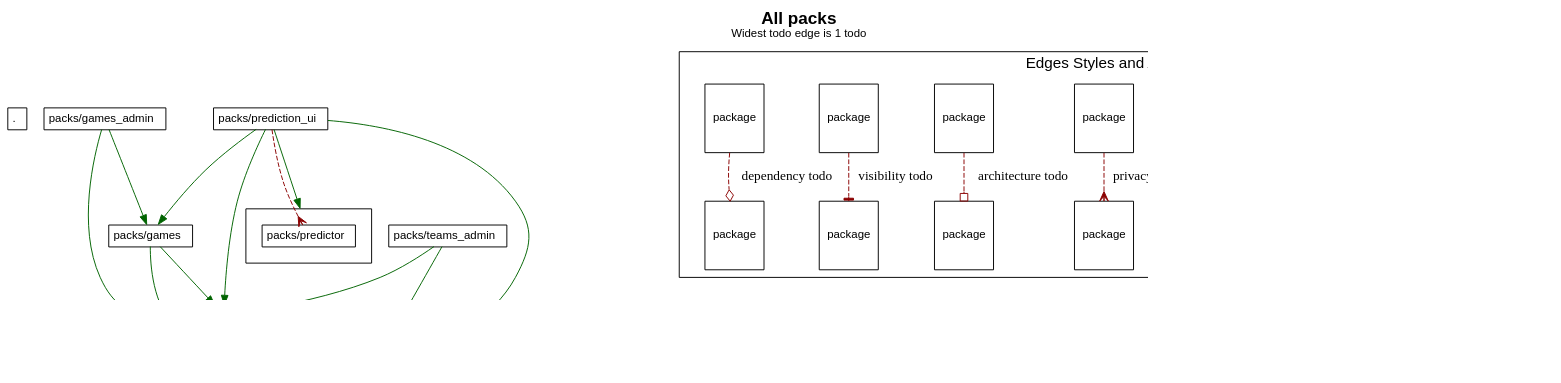
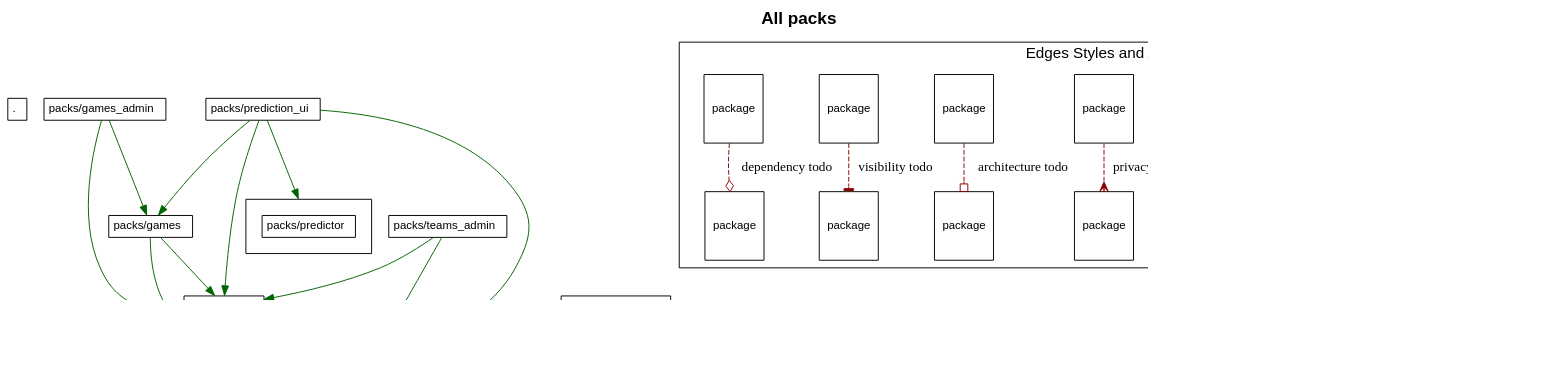
One commit to shageman/package-based-rails-applications-book changed the diagram in c4s07/sportsball/c4s01_b_fixed.dot. Above: the diagram before and after it, drawn with Graphviz. The commit also changed 35 other files, not shown here.

Commit message:
C4 fix diagrams

```diff
--- a/c4s07/sportsball/c4s01_b_fixed.dot
+++ b/c4s07/sportsball/c4s01_b_fixed.dot
@@ -1,164 +1,159 @@
 digraph package_diagram {
   rankdir=TD
   graph [
     labelloc="t"
     fontname="Helvetica,Arial,sans-serif"
     dpi=100
     layout=dot
-    label=<<b>All packs</b><br/><font point-size='12'>Widest todo edge is 1 todo</font>>
+    label=<<b>All packs</b>>
     fontsize=18
   ]
   node [
     fontname="Helvetica,Arial,sans-serif"
     fontsize=26.0
     fontcolor=black
     fillcolor=white
     color=black
     height=1.0
     style=filled
     shape=plain
   ]
     subgraph NotInLayer {
       shape=box
       color=darkgrey
       fillcolor=lightblue
       style=filled
         cluster=false
         "." [
             fontsize=12.0
             label= <
                 <table border='0' cellborder='1' cellspacing='0' cellpadding='4'>
                   <tr> <td align='left'> . </td> </tr>
                 </table>
               >
           ]
         
         "packs/games" [
             fontsize=12.0
             label= <
                 <table border='0' cellborder='1' cellspacing='0' cellpadding='4'>
                   <tr> <td align='left'> packs/games </td> </tr>
                 </table>
               >
           ]
         
         "packs/games_admin" [
             fontsize=12.0
             label= <
                 <table border='0' cellborder='1' cellspacing='0' cellpadding='4'>
                   <tr> <td align='left'> packs/games_admin </td> </tr>
                 </table>
               >
           ]
         
         "packs/prediction_ui" [
             fontsize=12.0
             label= <
                 <table border='0' cellborder='1' cellspacing='0' cellpadding='4'>
                   <tr> <td align='left'> packs/prediction_ui </td> </tr>
                 </table>
               >
           ]
         
         "packs/predictor" [
             fontsize=12.0
             label= <
                 <table border='0' cellborder='1' cellspacing='0' cellpadding='16'><tr><td>
                   <table border='0' cellborder='1' cellspacing='0' cellpadding='4'>
                     <tr> <td port='private'> packs/predictor </td> </tr>
                   </table>
                   </td></tr>
                   </table>
               >
           ]
         
         "packs/rails_shims" [
             fontsize=12.0
             label= <
                 <table border='0' cellborder='1' cellspacing='0' cellpadding='4'>
                   <tr> <td align='left'> packs/rails_shims </td> </tr>
                 </table>
               >
           ]
         
         "packs/teams" [
             fontsize=12.0
             label= <
                 <table border='0' cellborder='1' cellspacing='0' cellpadding='4'>
                   <tr> <td align='left'> packs/teams </td> </tr>
                 </table>
               >
           ]
         
         "packs/teams_admin" [
             fontsize=12.0
             label= <
                 <table border='0' cellborder='1' cellspacing='0' cellpadding='4'>
                   <tr> <td align='left'> packs/teams_admin </td> </tr>
                 </table>
               >
           ]
         
         "packs/welcome_ui" [
             fontsize=12.0
             label= <
                 <table border='0' cellborder='1' cellspacing='0' cellpadding='4'>
                   <tr> <td align='left'> packs/welcome_ui </td> </tr>
                 </table>
               >
           ]
         
     }
           "packs/games" -> "packs/rails_shims" [ color=darkgreen ]
           "packs/games" -> "packs/teams" [ color=darkgreen ]
           "packs/games_admin" -> "packs/games" [ color=darkgreen ]
           "packs/games_admin" -> "packs/rails_shims" [ color=darkgreen ]
           "packs/prediction_ui" -> "packs/games" [ color=darkgreen ]
           "packs/prediction_ui" -> "packs/predictor" [ color=darkgreen ]
           "packs/prediction_ui" -> "packs/rails_shims" [ color=darkgreen ]
           "packs/prediction_ui" -> "packs/teams" [ color=darkgreen ]
           "packs/teams" -> "packs/rails_shims" [ color=darkgreen ]
           "packs/teams_admin" -> "packs/rails_shims" [ color=darkgreen ]
           "packs/teams_admin" -> "packs/teams" [ color=darkgreen ]
           "packs/welcome_ui" -> "packs/rails_shims" [ color=darkgreen ]
-            "packs/prediction_ui" -> "packs/predictor":private [
-                constraint=false
-              # headlabel="privacy"
-color=darkred style=dashed arrowhead=crow
-              penwidth=1            ]
     subgraph cluster_legend {
       fontsize=16
       label="Edges Styles and Arrow Heads"
       A [ fontsize=12 shape=box label="package"]
       B [ fontsize=12 shape=box label="package"]
       A -> B [label="accepted dependency" color=darkgreen]
       K [ fontsize=12 shape=box label="package"]
       L [ fontsize=12 shape=box label="package"]
       K -> L [label="nested package" color=purple]
       M [ fontsize=12 shape=box label="package"]
       N [ fontsize=12 shape=box label="package"]
       M -> N [label="visibile to" color=blue]
       C [ fontsize=12 shape=box label="package"]
       D [ fontsize=12 shape=box label="package"]
       C -> D [label="privacy todo" color=darkred style=dashed arrowhead=crow]
       E [ fontsize=12 shape=box label="package"]
       F [ fontsize=12 shape=box label="package"]
       E -> F [label="architecture todo" color=darkred style=dashed arrowhead=obox]
       G [ fontsize=12 shape=box label="package"]
       H [ fontsize=12 shape=box label="package"]
       G -> H [label="visibility todo" color=darkred style=dashed arrowhead=tee]
       I [ fontsize=12 shape=box label="package"]
       J [ fontsize=12 shape=box label="package"]
       I -> J [label="dependency todo" color=darkred style=dashed arrowhead=odiamond]
       LEGEND_NODE_1 [ label="" peripheries=0 height=0 width=0 style=invis ]
       LEGEND_NODE_2 [ label="" peripheries=0 height=0 width=0 style=invis ]
       LEGEND_NODE_1 -> LEGEND_NODE_2 [ style=invis ]
     }
   subgraph cluster_teams_legend {
     fontsize=16
     label="Team Colors"
 
 
   }
     LEGEND_NODE_2 -> "" [style=invis]
 }
```
